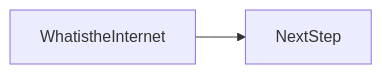
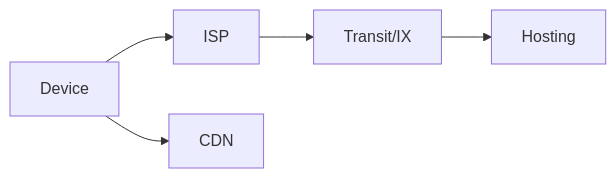
One commit to OmidJavaherii/Frontend-Engineering-Handbook changed the second of 2 diagrams in docs/en/02-internet/what-is-the-internet/index.md. Above: the diagram before and after it, drawn with Mermaid. The commit also changed other lines of this file and 461 other files, not shown here.

````diff
--- a/docs/en/02-internet/what-is-the-internet/index.md
+++ b/docs/en/02-internet/what-is-the-internet/index.md
@@ -94,4 +106,5 @@
 ```mermaid
 flowchart LR
-  concept[WhatistheInternet] --> nextStep[NextStep]
+  Device --> ISP --> Transit[Transit/IX] --> Hosting
+  Device --> CDN
 ```
````
